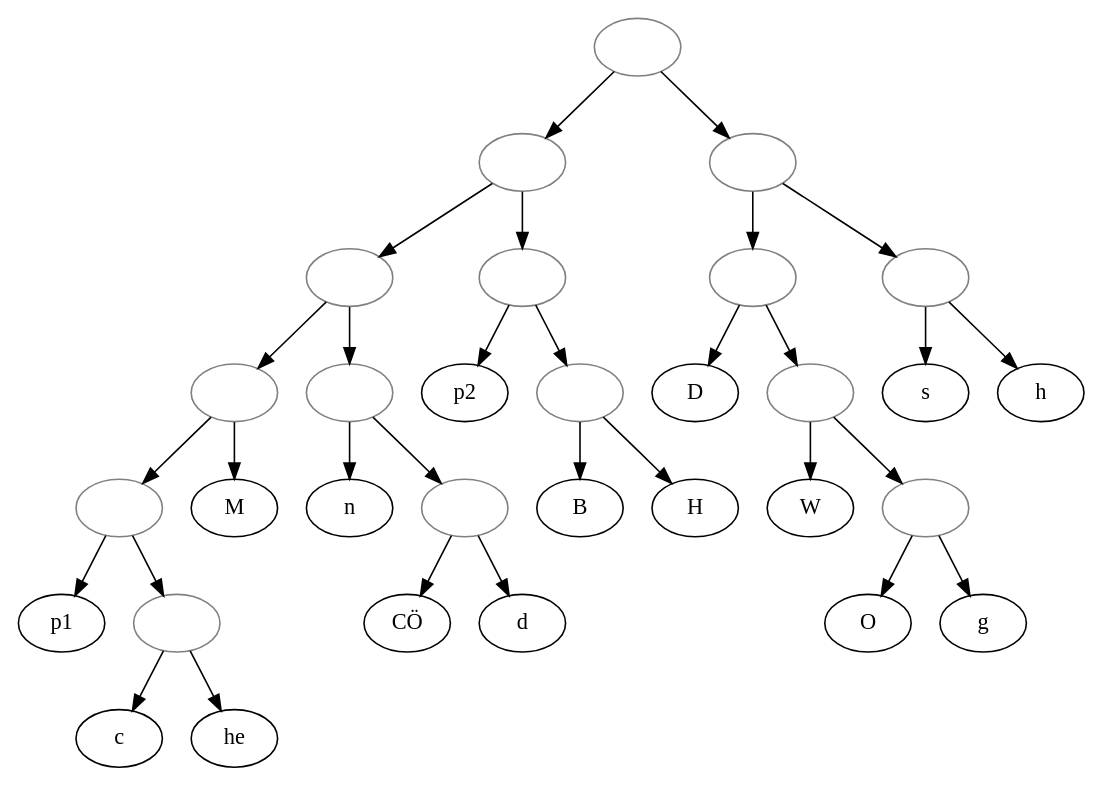
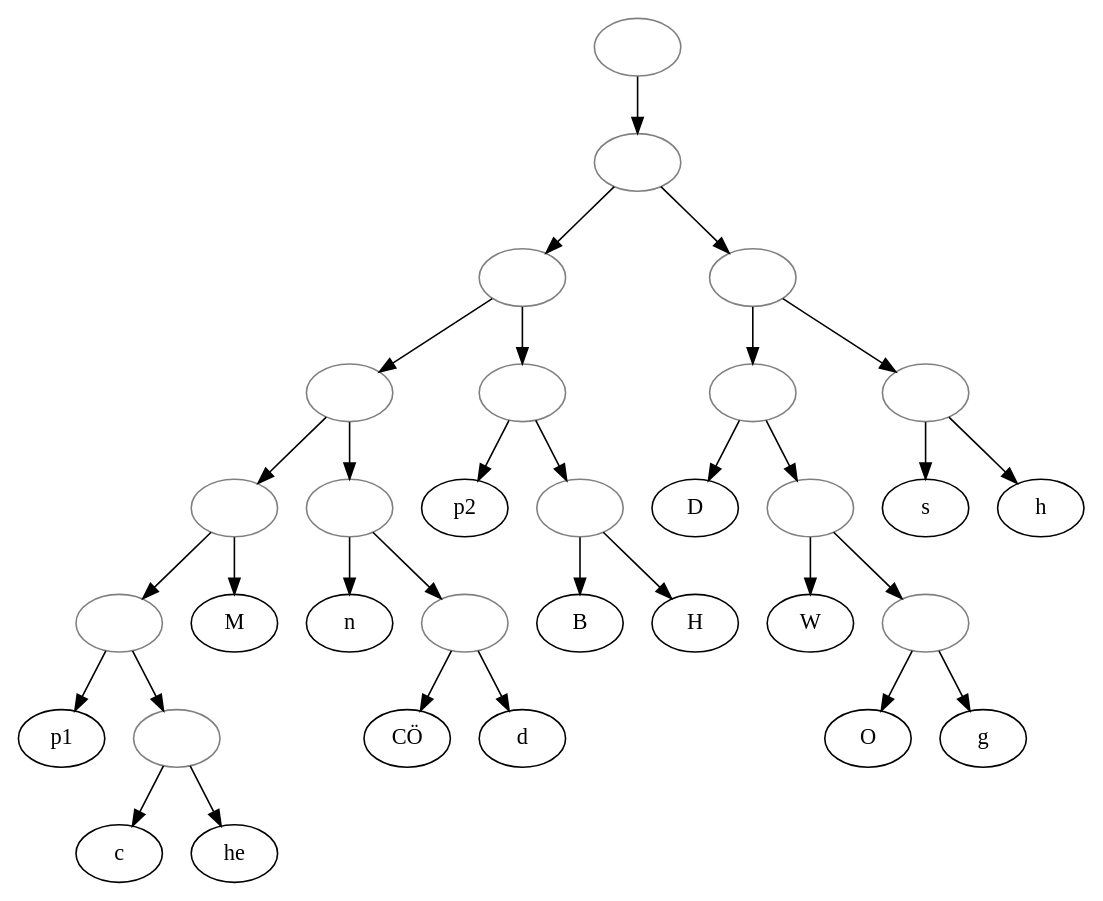
Before and after one commit to OpenStemmata/database: the diagram in data/gmh/Junk_1905_WillehalmVonOrleans/stemma.gv, drawn with Graphviz.

```diff
--- a/data/gmh/Junk_1905_WillehalmVonOrleans/stemma.gv
+++ b/data/gmh/Junk_1905_WillehalmVonOrleans/stemma.gv
@@ -1,65 +1,67 @@
 digraph {
+original[label="", color="grey"]; 
+original->arch
 arch[label="", color="grey"]
 
 arch -> arch2
 
 arch2[label="", color="grey"]
 
 arch2 -> arch21
 arch21[label="", color="grey"]
  
 arch21 -> arch22 
 
 p1che -> p1 
 p1che -> che
 che[label="", color="grey"]
 che -> c 
 che -> he
 
 arch22[label="", color="grey"]
 arch22 -> M 
 
 arch21 -> nCOd
 nCOd[label="", color="grey"]
 nCOd -> n
 nCOd -> COd 
 COd[label="", color="grey"]
 COd -> CO
 CO[label="CÖ"]
 COd -> d
 
 arch22 -> p1che 
 p1che[label="", color="grey"]
  
 arch2 -> p2HB
 p2HB[label="", color="grey"]
 p2HB -> p2
 p2HB -> HB 
 
 HB[label="", color="grey"]
 HB -> B 
 HB -> H 
 
 
 arch -> arch1
 
 arch1[label="", color="grey"]
 arch1 -> DWOg
 arch1 -> sh
 
 DWOg[label="", color="grey"]
 DWOg -> D
 DWOg -> WOg
 
 WOg[label="", color="grey"]
 WOg -> W 
 WOg -> Og
 
 Og[label="", color="grey"]
 Og -> O 
 Og -> g
 
 sh[label="", color="grey"]
 sh -> s
 sh -> h
 }
```
